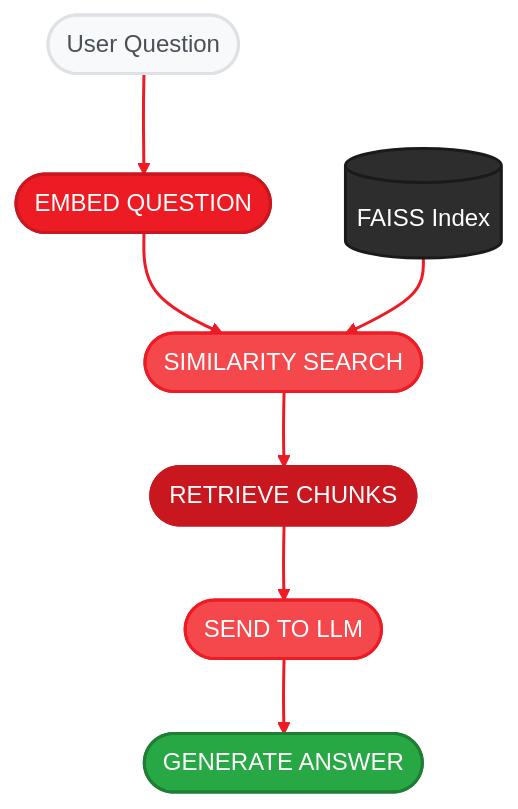
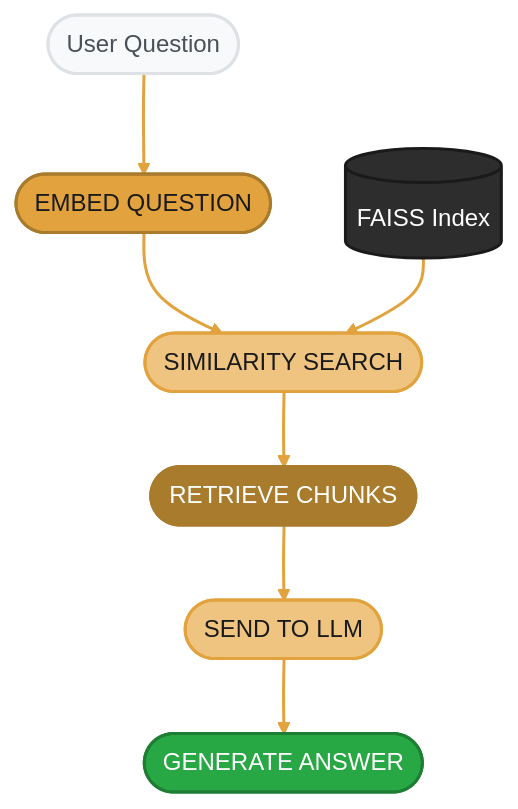
Before and after one commit to amd/gaia: the second of 6 diagrams in docs/sdk/sdks/rag.mdx, drawn with Mermaid. The commit also changed other lines of this file and 37 other files, not shown here.

````diff
--- a/docs/sdk/sdks/rag.mdx
+++ b/docs/sdk/sdks/rag.mdx
@@ -83,20 +83,20 @@
 ```mermaid
-%%{init: {'theme':'base', 'themeVariables': { 'primaryColor':'#ED1C24', 'primaryTextColor':'#fff', 'primaryBorderColor':'#C8171E', 'lineColor':'#F4484D', 'secondaryColor':'#2d2d2d', 'tertiaryColor':'#f5f5f5', 'fontFamily': 'system-ui, -apple-system, sans-serif'}}}%%
+%%{init: {'theme':'base', 'themeVariables': { 'primaryColor':'#E2A33E', 'primaryTextColor':'#1a1a1a', 'primaryBorderColor':'#A87B2D', 'lineColor':'#EFC480', 'secondaryColor':'#2d2d2d', 'tertiaryColor':'#f5f5f5', 'fontFamily': 'system-ui, -apple-system, sans-serif'}}}%%
 flowchart TD
     F(["User Question"]) --> G(["EMBED QUESTION"])
     G --> H(["SIMILARITY SEARCH"])
     I[("FAISS Index")] --> H
     H --> J(["RETRIEVE CHUNKS"])
     J --> K(["SEND TO LLM"])
     K --> L(["GENERATE ANSWER"])
 
     style F fill:#f8f9fa,stroke:#dee2e6,stroke-width:2px,color:#495057
-    style G fill:#ED1C24,stroke:#C8171E,stroke-width:2px,color:#fff
-    style H fill:#F4484D,stroke:#ED1C24,stroke-width:2px,color:#fff
+    style G fill:#E2A33E,stroke:#A87B2D,stroke-width:2px,color:#1a1a1a
+    style H fill:#EFC480,stroke:#E2A33E,stroke-width:2px,color:#1a1a1a
     style I fill:#2d2d2d,stroke:#1a1a1a,stroke-width:2px,color:#fff
-    style J fill:#C8171E,stroke:#C8171E,stroke-width:2px,color:#fff
-    style K fill:#F4484D,stroke:#ED1C24,stroke-width:2px,color:#fff
+    style J fill:#A87B2D,stroke:#A87B2D,stroke-width:2px,color:#fff
+    style K fill:#EFC480,stroke:#E2A33E,stroke-width:2px,color:#1a1a1a
     style L fill:#28a745,stroke:#1e7e34,stroke-width:2px,color:#fff
 
-    linkStyle 0,1,2,3,4,5 stroke:#ED1C24,stroke-width:2px
+    linkStyle 0,1,2,3,4,5 stroke:#E2A33E,stroke-width:2px
 ```
````
